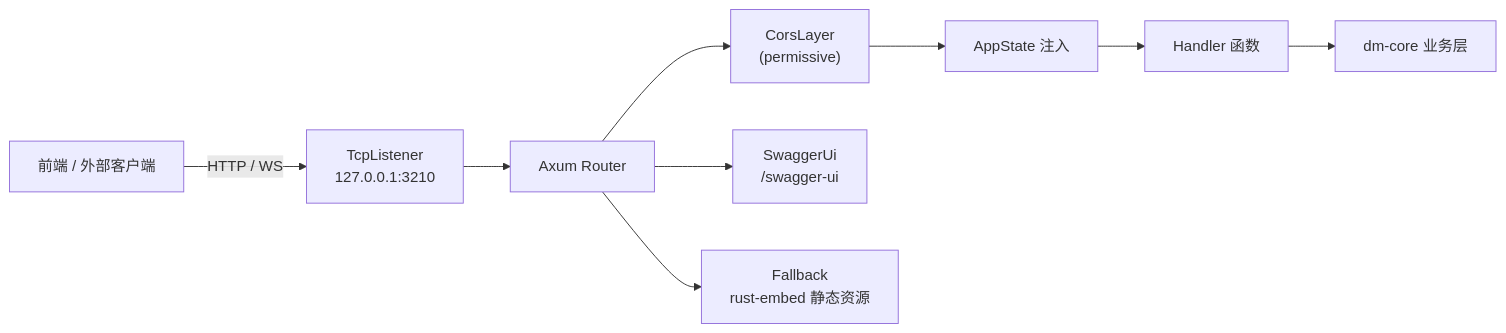
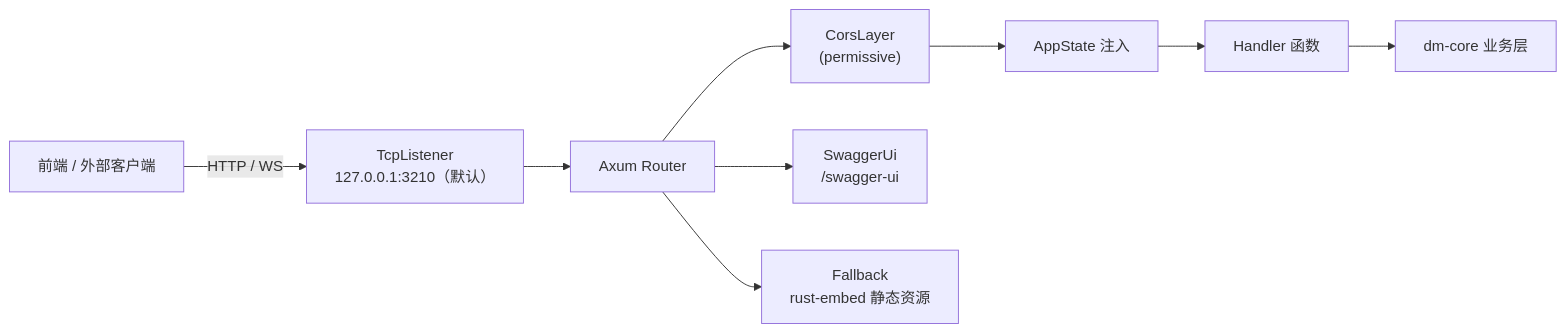
Before and after one commit to l1veIn/dora-manager: the first of 2 diagrams in wiki/zh/15-http-api.md, drawn with Mermaid. The commit also changed other lines of this file and 11 other files, not shown here.

````diff
--- a/wiki/zh/15-http-api.md
+++ b/wiki/zh/15-http-api.md
@@ -32,12 +32,12 @@
 ```mermaid
 graph LR
-    Client["前端 / 外部客户端"] -->|HTTP / WS| Listener["TcpListener<br/>127.0.0.1:3210"]
+    Client["前端 / 外部客户端"] -->|HTTP / WS| Listener["TcpListener<br/>127.0.0.1:3210（默认）"]
     Listener --> Axum["Axum Router"]
     Axum --> Cors["CorsLayer<br/>(permissive)"]
     Cors --> State["AppState 注入"]
     State --> Handler["Handler 函数"]
     Handler --> Core["dm-core 业务层"]
     
     Axum --> Swagger["SwaggerUi<br/>/swagger-ui"]
     Axum --> Fallback["Fallback<br/>rust-embed 静态资源"]
 ```
````
